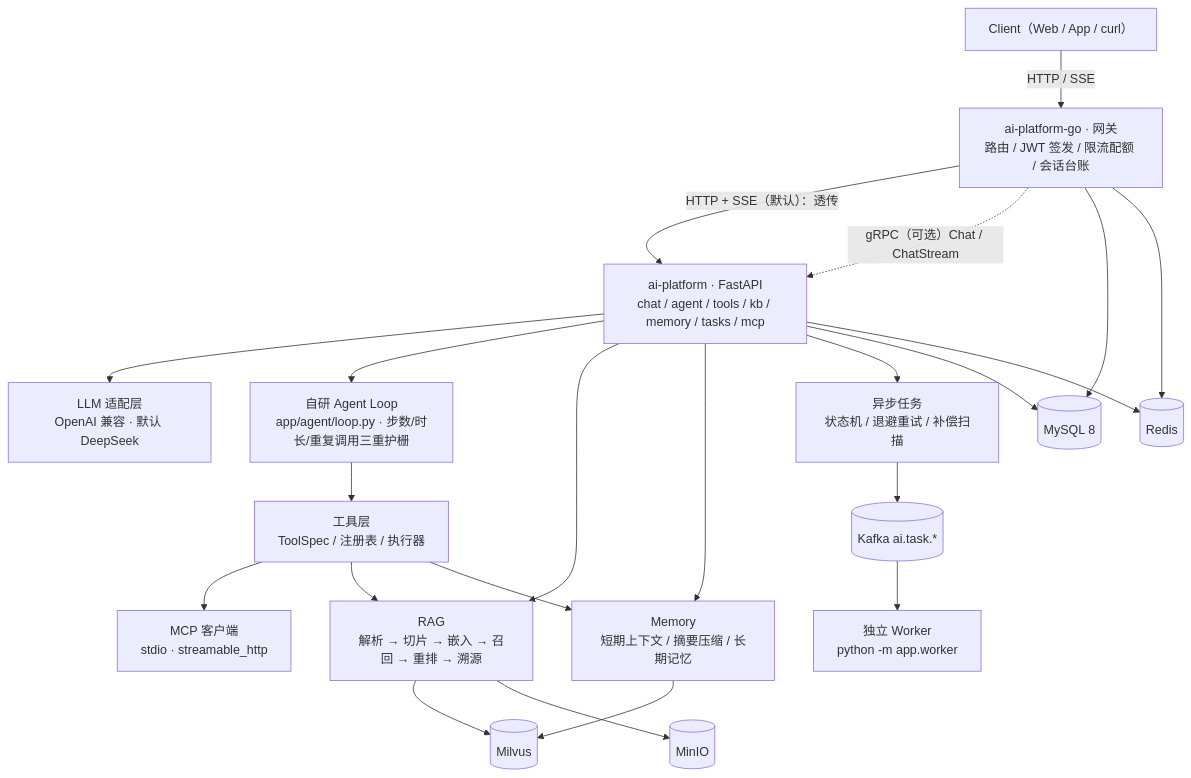
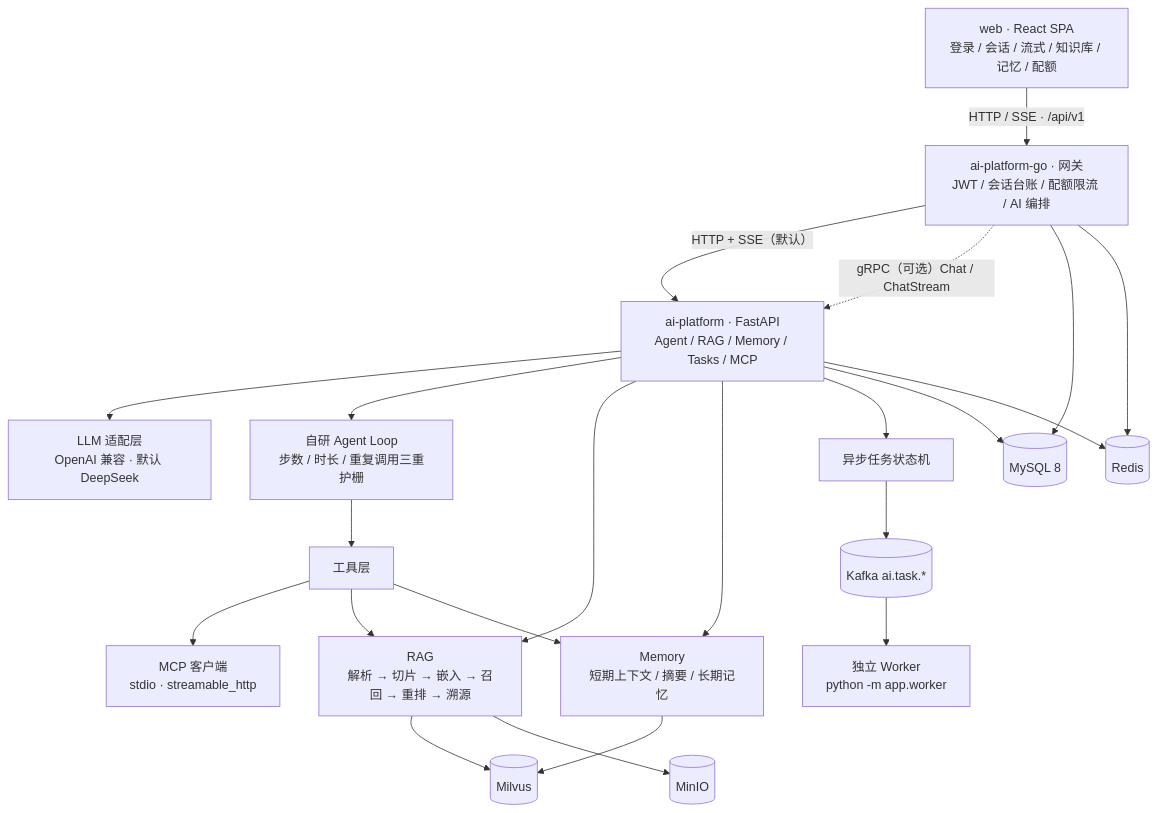
One commit to YunfeiSHU/ai-assistant changed the diagram in README.md. Above: the diagram before and after it, drawn with Mermaid. The commit also changed other lines of this file and 185 other files, not shown here.

````diff
--- a/README.md
+++ b/README.md
@@ -22,29 +93,29 @@
 ```mermaid
 flowchart TB
-    C["Client（Web / App / curl）"] -->|"HTTP / SSE"| GW["ai-platform-go · 网关<br/>路由 / JWT 签发 / 限流配额 / 会话台账"]
-    GW -->|"HTTP + SSE（默认）：透传"| AI["ai-platform · FastAPI<br/>chat / agent / tools / kb / memory / tasks / mcp"]
+    WEB["web · React SPA<br/>登录 / 会话 / 流式 / 知识库 / 记忆 / 配额"] -->|"HTTP / SSE · /api/v1"| GW["ai-platform-go · 网关<br/>JWT / 会话台账 / 配额限流 / AI 编排"]
+    GW -->|"HTTP + SSE（默认）"| AI["ai-platform · FastAPI<br/>Agent / RAG / Memory / Tasks / MCP"]
     GW -.->|"gRPC（可选）Chat / ChatStream"| AI
 
     AI --> LLM["LLM 适配层<br/>OpenAI 兼容 · 默认 DeepSeek"]
-    AI --> AGENT["自研 Agent Loop<br/>app/agent/loop.py · 步数/时长/重复调用三重护栅"]
+    AI --> AGENT["自研 Agent Loop<br/>步数 / 时长 / 重复调用三重护栅"]
     AI --> RAG["RAG<br/>解析 → 切片 → 嵌入 → 召回 → 重排 → 溯源"]
-    AI --> MEM["Memory<br/>短期上下文 / 摘要压缩 / 长期记忆"]
-    AI --> TASK["异步任务<br/>状态机 / 退避重试 / 补偿扫描"]
+    AI --> MEM["Memory<br/>短期上下文 / 摘要 / 长期记忆"]
 
-    AGENT --> TOOLS["工具层<br/>ToolSpec / 注册表 / 执行器"]
+    AGENT --> TOOLS["工具层"]
     TOOLS --> MCP["MCP 客户端<br/>stdio · streamable_http"]
     TOOLS --> RAG
     TOOLS --> MEM
 
+    AI --> TASK["异步任务状态机"]
     TASK --> KAFKA[("Kafka ai.task.*")]
     KAFKA --> WORKER["独立 Worker<br/>python -m app.worker"]
 
     AI --> MYSQL[("MySQL 8")]
     AI --> REDIS[("Redis")]
     RAG --> MILVUS[("Milvus")]
     RAG --> MINIO[("MinIO")]
     MEM --> MILVUS
 
     GW --> MYSQL
     GW --> REDIS
 ```
````
